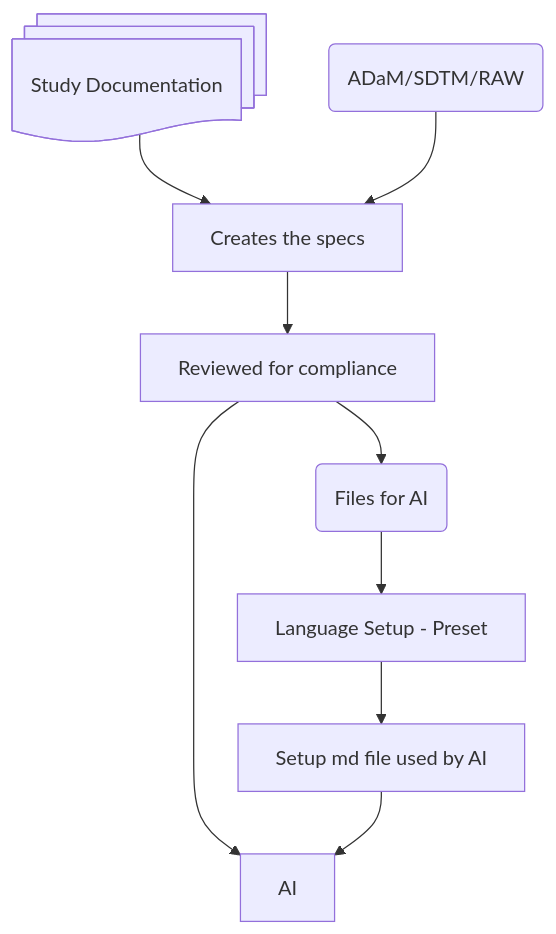
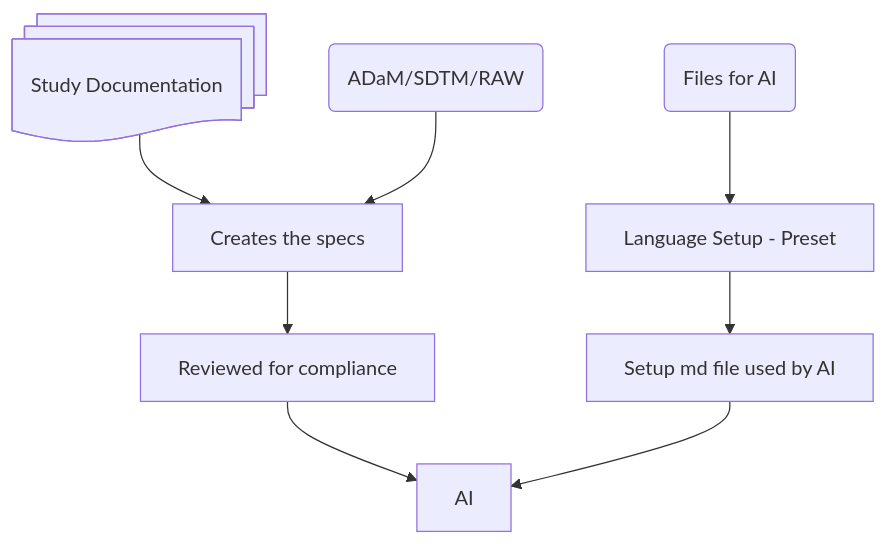
One commit to astampedcarton/aiGL changed the diagram in Details.md. Above: the diagram before and after it, drawn with Mermaid. The commit also changed other lines of this file and 4 other files, not shown here.

````diff
--- a/Details.md
+++ b/Details.md
@@ -7,13 +7,13 @@
 ```mermaid
 flowchart TD
   a@{ shape: docs, label: "Study Documentation"}
   b@{ shape: docs, label: "AI Files"}
 
   data@{ shape: cyl, label: "Database" }
   a-->H1[Creates the specs]
   data(ADaM/SDTM/RAW)-->H1 -->b[Reviewed for compliance]-->c[AI]
   
-  b-->b1(Files for AI)-->L1[Language Setup - Preset]-->f1[Setup md file used by AI]
+  b1(Files for AI)-->L1[Language Setup - Preset]-->f1[Setup md file used by AI]
   f1-->c
 
 ```
````
